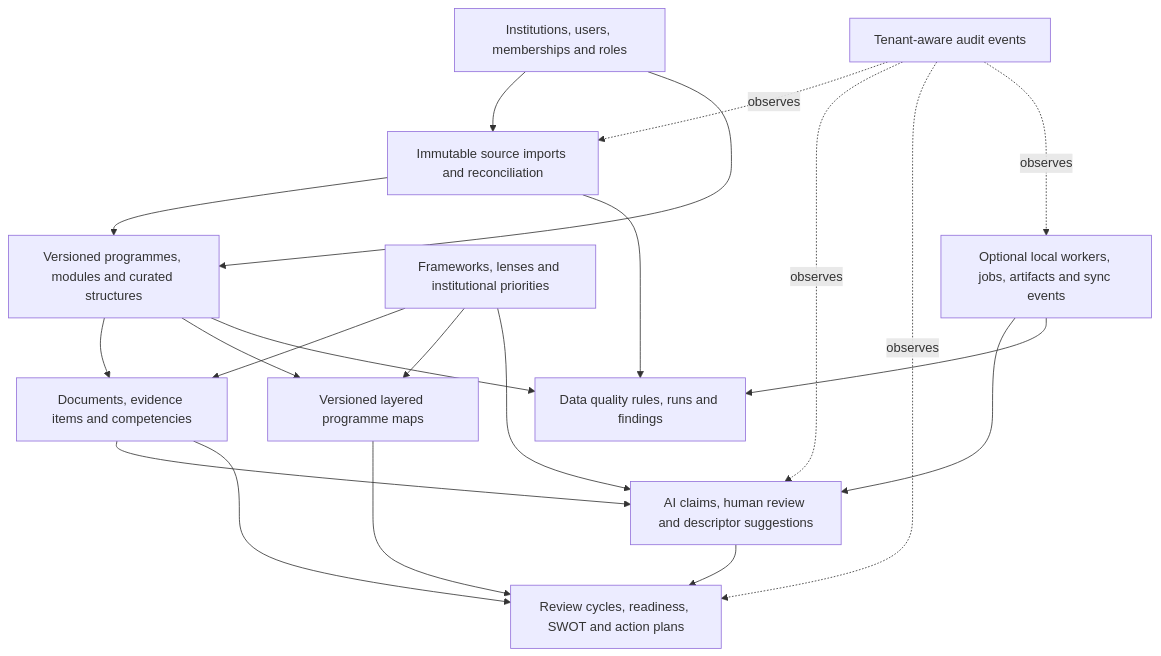
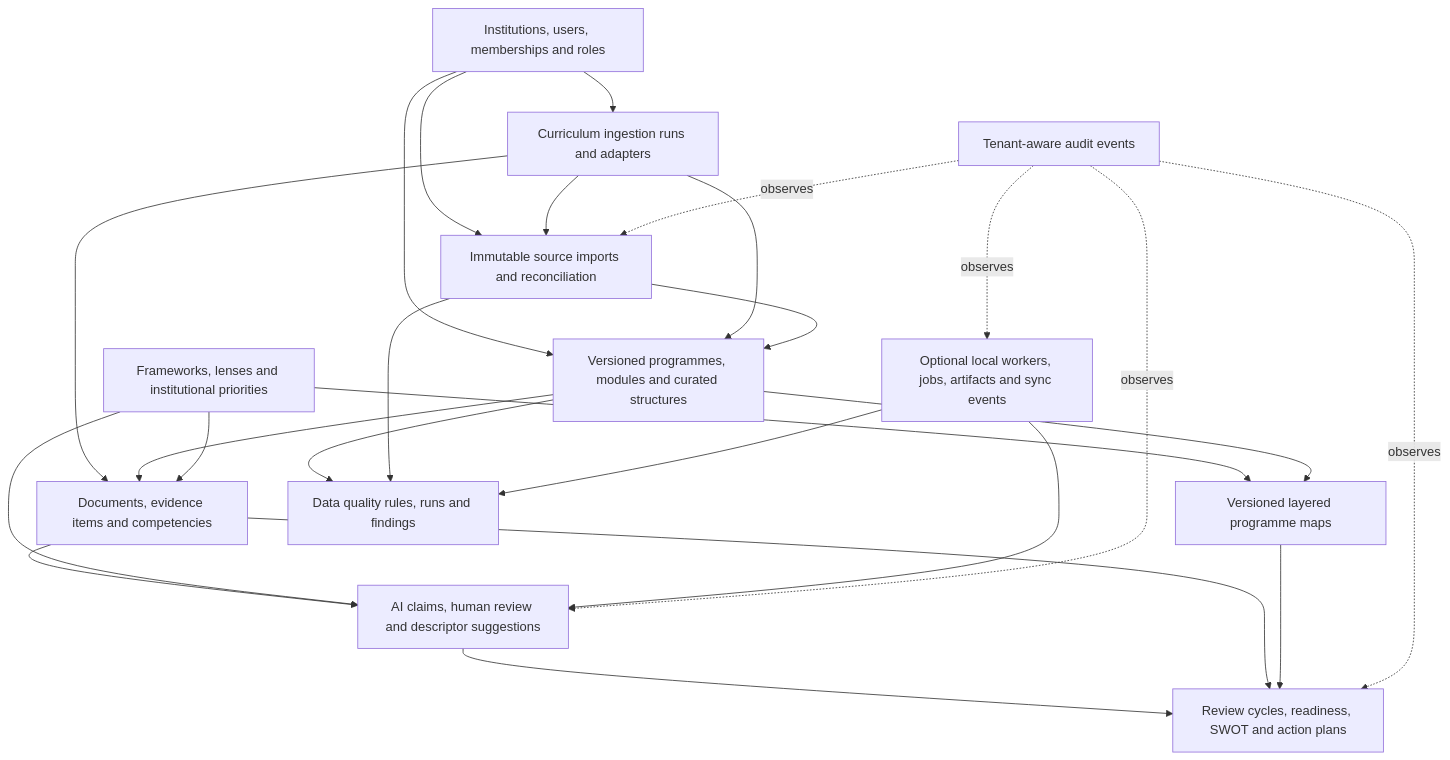
One commit to ShaunFerns/CASTv3 changed the second of 2 diagrams in docs/cast-v3-architecture.md. Above: the diagram before and after it, drawn with Mermaid. The commit also changed other lines of this file and 26 other files, not shown here.

````diff
--- a/docs/cast-v3-architecture.md
+++ b/docs/cast-v3-architecture.md
@@ -89,35 +89,40 @@
 ```mermaid
 flowchart TB
   Tenant["Institutions, users, memberships and roles"]
   Import["Immutable source imports and reconciliation"]
   Curated["Versioned programmes, modules and curated structures"]
   Evidence["Documents, evidence items and competencies"]
   Frameworks["Frameworks, lenses and institutional priorities"]
   Analysis["AI claims, human review and descriptor suggestions"]
   Maps["Versioned layered programme maps"]
   Review["Review cycles, readiness, SWOT and action plans"]
   Quality["Data quality rules, runs and findings"]
   Workers["Optional local workers, jobs, artifacts and sync events"]
   Audit["Tenant-aware audit events"]
+  Ingestion["Curriculum ingestion runs and adapters"]
 
+  Tenant --> Ingestion
   Tenant --> Import
   Tenant --> Curated
+  Ingestion --> Import
+  Ingestion --> Curated
+  Ingestion --> Evidence
   Import --> Curated
   Curated --> Evidence
   Frameworks --> Evidence
   Frameworks --> Maps
   Curated --> Maps
   Evidence --> Analysis
   Frameworks --> Analysis
   Analysis --> Review
   Evidence --> Review
   Maps --> Review
   Curated --> Quality
   Import --> Quality
   Workers --> Analysis
   Workers --> Quality
   Audit -. observes .-> Import
   Audit -. observes .-> Analysis
   Audit -. observes .-> Review
   Audit -. observes .-> Workers
 ```
````
